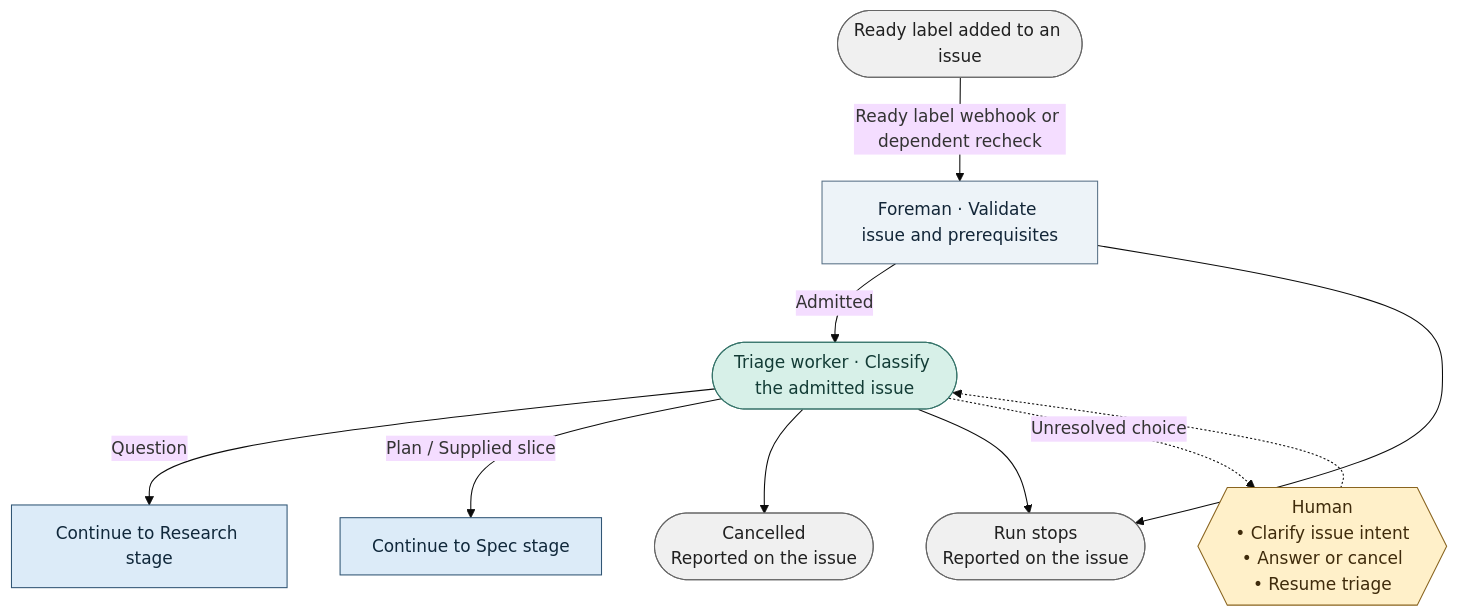
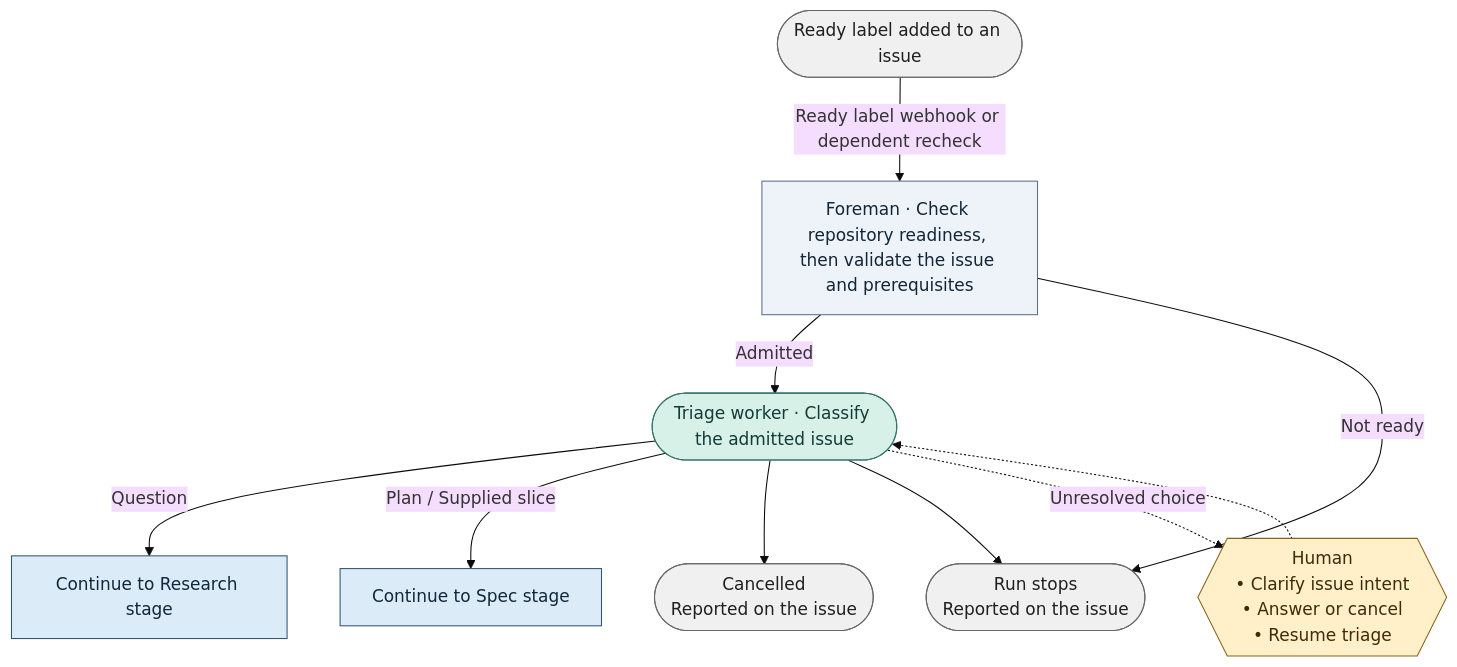
One commit to bookout-labs/tools changed the diagram in docs/graph/blueprint/views/stages/triage.mmd. Above: the diagram before and after it, drawn with Mermaid (base theme). The commit also changed 40 other files, not shown here.

```diff
--- a/docs/graph/blueprint/views/stages/triage.mmd
+++ b/docs/graph/blueprint/views/stages/triage.mmd
@@ -1,23 +1,23 @@
 flowchart TD
     n0(["Ready label added to an issue"]):::terminal
-    n1["Foreman · Validate issue and prerequisites"]:::step
+    n1["Foreman · Check repository readiness, then validate the issue and prerequisites"]:::step
     n2(["Triage worker · Classify the admitted issue"]):::worker
     n3(["Run stops<br/>Reported on the issue"]):::terminal
     n4["Continue to Research stage"]:::stage
     n5["Continue to Spec stage"]:::stage
     n6(["Cancelled<br/>Reported on the issue"]):::terminal
     n7{{"Human<br/>• Clarify issue intent<br/>• Answer or cancel<br/>• Resume triage"}}:::gate
     n0 -->|"Ready label webhook or dependent recheck"| n1
     n1 -->|"Admitted"| n2
-    n1 --> n3
+    n1 -->|"Not ready"| n3
     n2 -->|"Question"| n4
     n2 -->|"Plan / Supplied slice"| n5
     n2 --> n6
     n2 --> n3
     n2 -.->|"Unresolved choice"| n7
     n7 -.-> n2
     classDef stage fill:#dcebf8,stroke:#315675,color:#10283b
     classDef step fill:#edf3f8,stroke:#597187,color:#132638
     classDef worker fill:#d7f0e8,stroke:#357369,color:#133c36
     classDef gate fill:#fff0c9,stroke:#89641f,color:#3f2b0b
     classDef terminal fill:#f0f0f0,stroke:#666666,color:#202020
```
